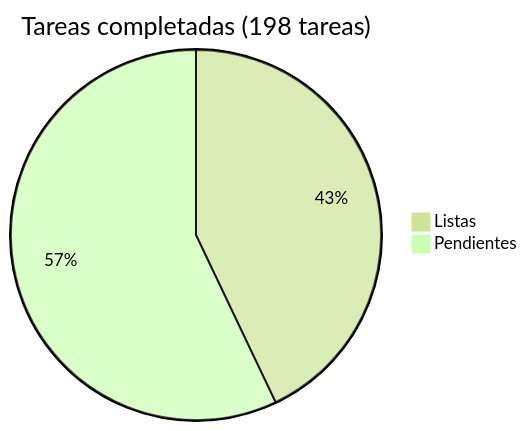
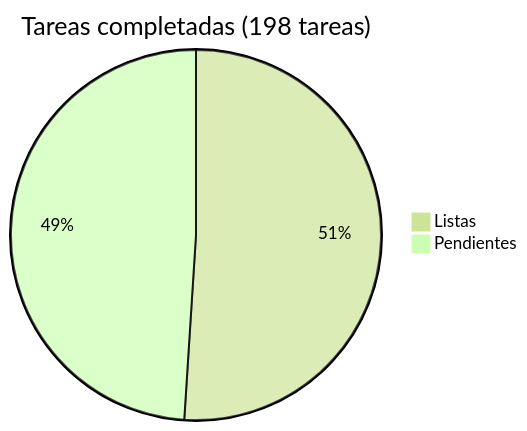
Before and after one commit to araguaney-lat/araguaney: the diagram in docs/roadmap/README.md, drawn with Mermaid (forest theme). The commit also changed other lines of this file and 21 other files, not shown here.

First line of the commit message:
feat: invitation flow — must_change_password, reinvite, team manager

````diff
--- a/docs/roadmap/README.md
+++ b/docs/roadmap/README.md
@@ -5,5 +5,5 @@
 ```mermaid
 pie title Tareas completadas (198 tareas)
-    "Listas" : 85
-    "Pendientes" : 113
+    "Listas" : 101
+    "Pendientes" : 97
 ```
````
